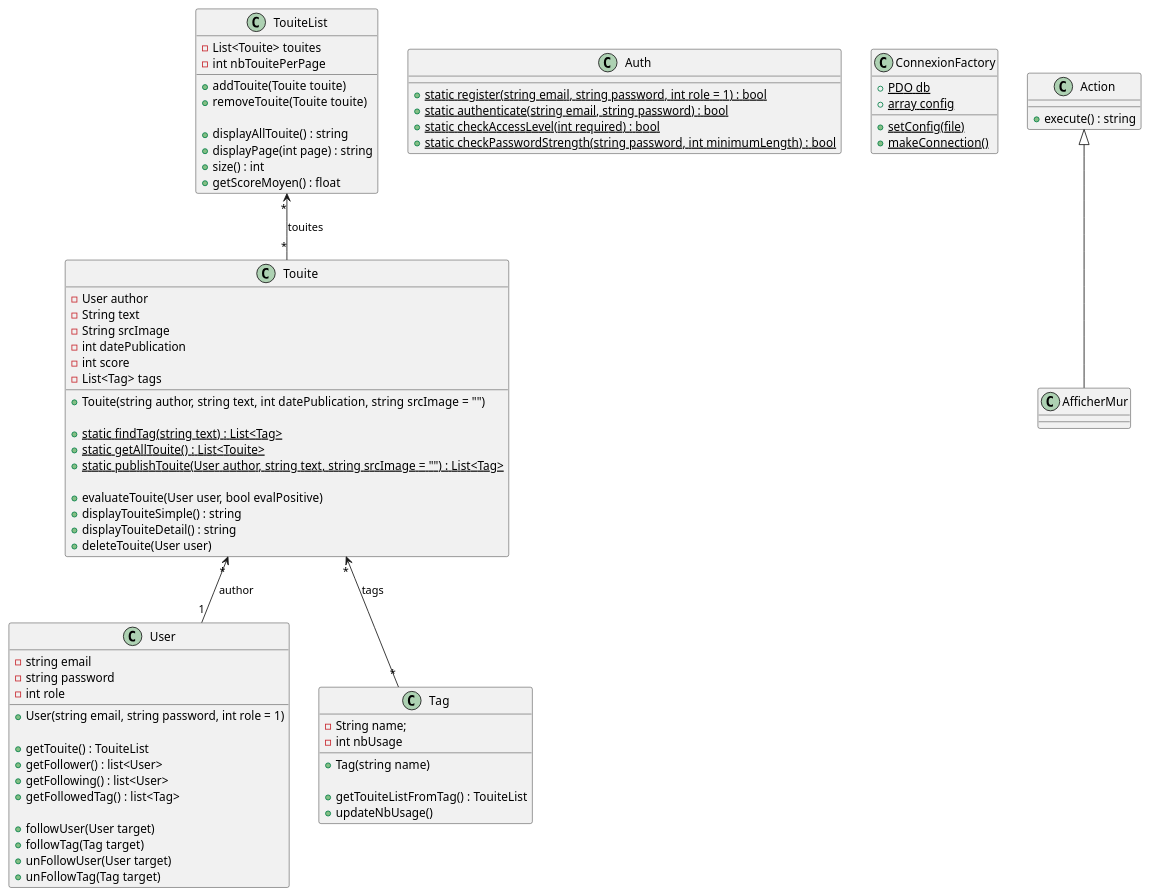
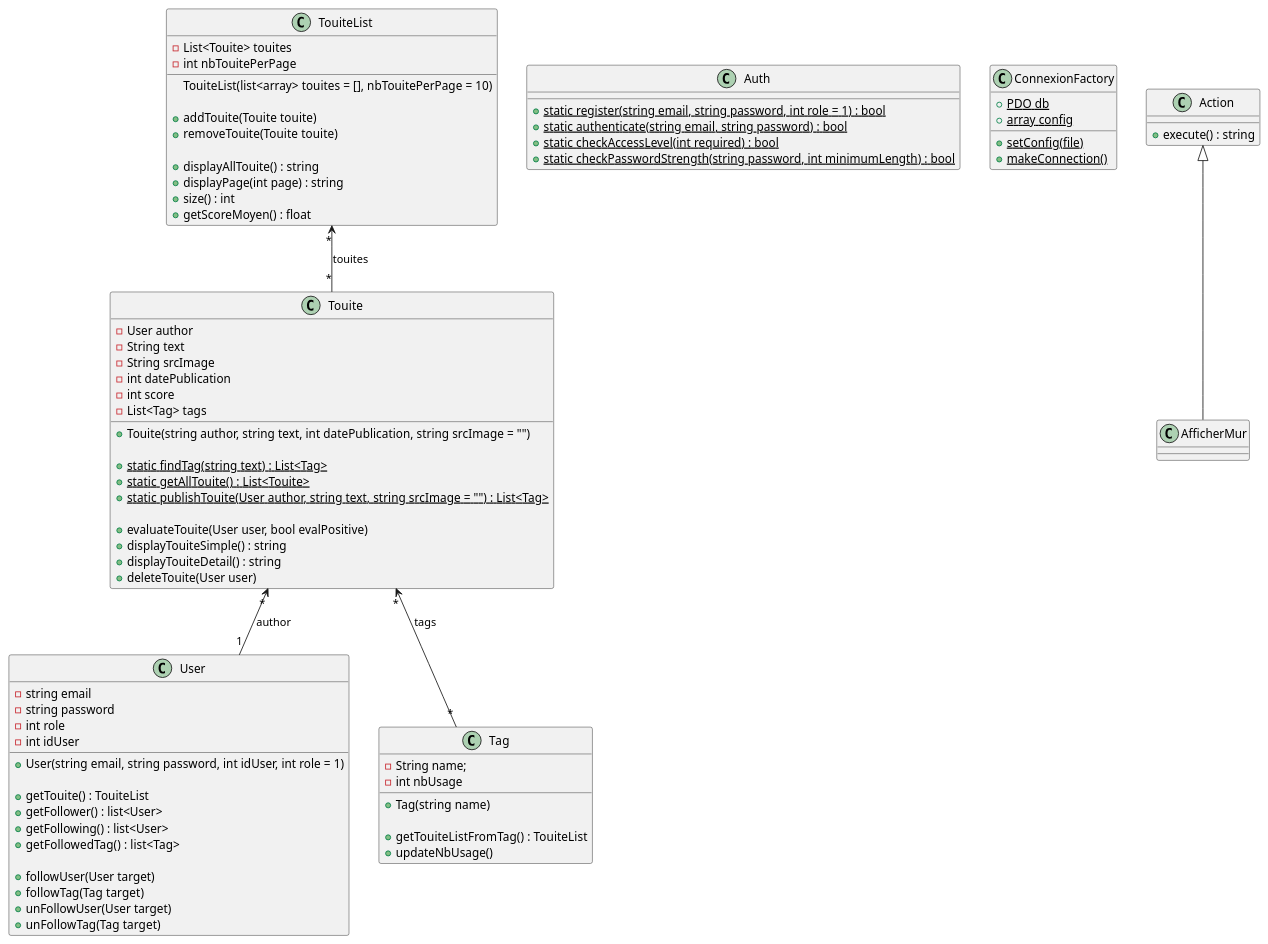
The diagram in src/ressource/Class_diagram.puml (Fiera42/Touiteur), drawn with PlantUML before and after one commit. The commit also changed 2 other files, not shown here.

```diff
--- a/src/ressource/Class_diagram.puml
+++ b/src/ressource/Class_diagram.puml
@@ -1,92 +1,95 @@
 @startuml
 
 class User {
   -string email
   -string password
   -int role
+  -int idUser
   
-  +User(string email, string password, int role = 1)
+  +User(string email, string password, int idUser, int role = 1)
   
   +getTouite() : TouiteList
   +getFollower() : list<User>
   +getFollowing() : list<User>
   +getFollowedTag() : list<Tag>
   
   +followUser(User target)
   +followTag(Tag target)
   +unFollowUser(User target)
   +unFollowTag(Tag target)
 }
 
 class Touite {
   -User author
   -String text
   -String srcImage
   -int datePublication
   -int score
   -List<Tag> tags
   
   +Touite(string author, string text, int datePublication, string srcImage = "")
   
   +{static}static findTag(string text) : List<Tag>
   +{static}static getAllTouite() : List<Touite>
   +{static}static publishTouite(User author, string text, string srcImage = "") : List<Tag>
   
   +evaluateTouite(User user, bool evalPositive)
   +displayTouiteSimple() : string
   +displayTouiteDetail() : string
   +deleteTouite(User user)
 }
 
 Touite "*" <-- "1" User : author
 Touite "*" <-- "*" Tag : tags
 
 class Tag {
   -String name;
   -int nbUsage
   
   +Tag(string name)
   
   +getTouiteListFromTag() : TouiteList
   +updateNbUsage()
 }
 
 class TouiteList {
   -List<Touite> touites
   -int nbTouitePerPage
   
+  TouiteList(list<array> touites = [], nbTouitePerPage = 10)
+  
   +addTouite(Touite touite)
   +removeTouite(Touite touite)
   
   +displayAllTouite() : string
   +displayPage(int page) : string
   +size() : int
   +getScoreMoyen() : float
 }
 
 TouiteList "*" <-- "*" Touite : touites
 
 class Auth {
   +{static}static register(string email, string password, int role = 1) : bool
   +{static}static authenticate(string email, string password) : bool
   +{static}static checkAccessLevel(int required) : bool
   +{static}static checkPasswordStrength(string password, int minimumLength) : bool
 }
 
 class ConnexionFactory {
   +{static} PDO db
   +{static} array config
   
   +{static} setConfig(file)
   +{static} makeConnection()
 }
 
 class Action {
   +execute() : string
 }
 
 class AfficherMur extends Action{
 
 }
 
 @enduml
```
